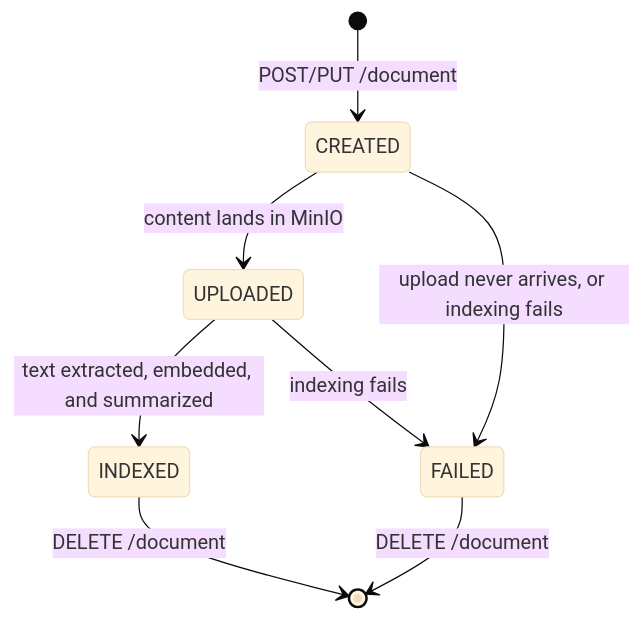
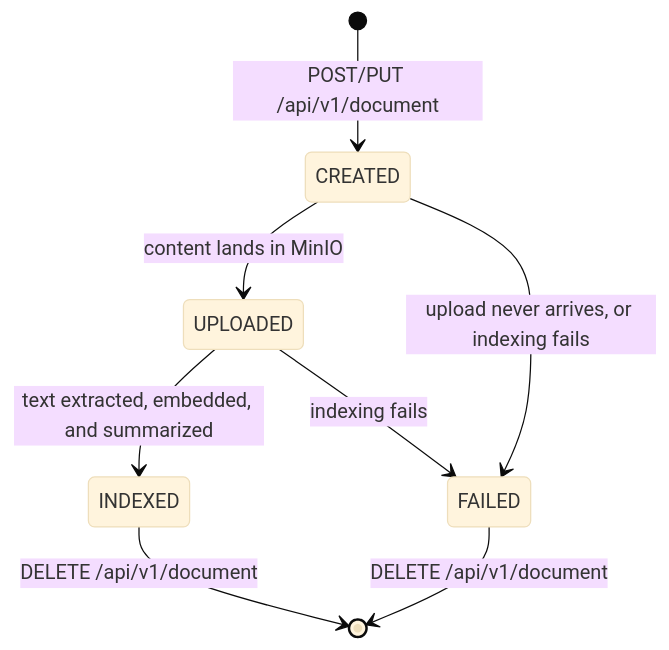
The third of 4 diagrams in docs/ARCHITECTURE.md (kamranzafar/docman-ai), drawn with Mermaid (base theme) before and after one commit. The commit also changed other lines of this file and 67 other files, not shown here.

````diff
--- a/docs/ARCHITECTURE.md
+++ b/docs/ARCHITECTURE.md
@@ -79,10 +79,10 @@
 ```mermaid
 stateDiagram-v2
-    [*] --> CREATED: POST/PUT /document
+    [*] --> CREATED: POST/PUT /api/v1/document
     CREATED --> UPLOADED: content lands in MinIO
     UPLOADED --> INDEXED: text extracted, embedded, and summarized
     CREATED --> FAILED: upload never arrives, or indexing fails
     UPLOADED --> FAILED: indexing fails
-    INDEXED --> [*]: DELETE /document
-    FAILED --> [*]: DELETE /document
+    INDEXED --> [*]: DELETE /api/v1/document
+    FAILED --> [*]: DELETE /api/v1/document
 ```
````
